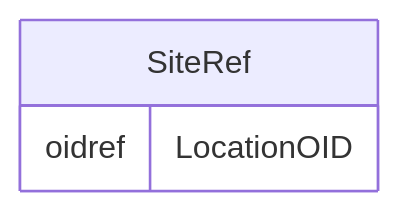
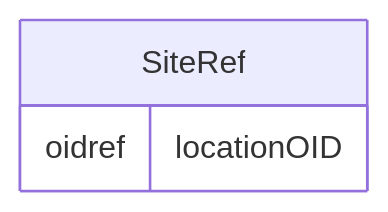
Before and after one commit to cdisc-org/DataExchange-ODM-LinkML: the diagram in docs/SiteRef.md, drawn with Mermaid. The commit also changed other lines of this file and 759 other files, not shown here.

````diff
--- a/docs/SiteRef.md
+++ b/docs/SiteRef.md
@@ -11,9 +11,9 @@
 ```mermaid
 erDiagram
 SiteRef {
-    oidref LocationOID  
+    oidref locationOID  
 }
 
 
 
 ```
````
